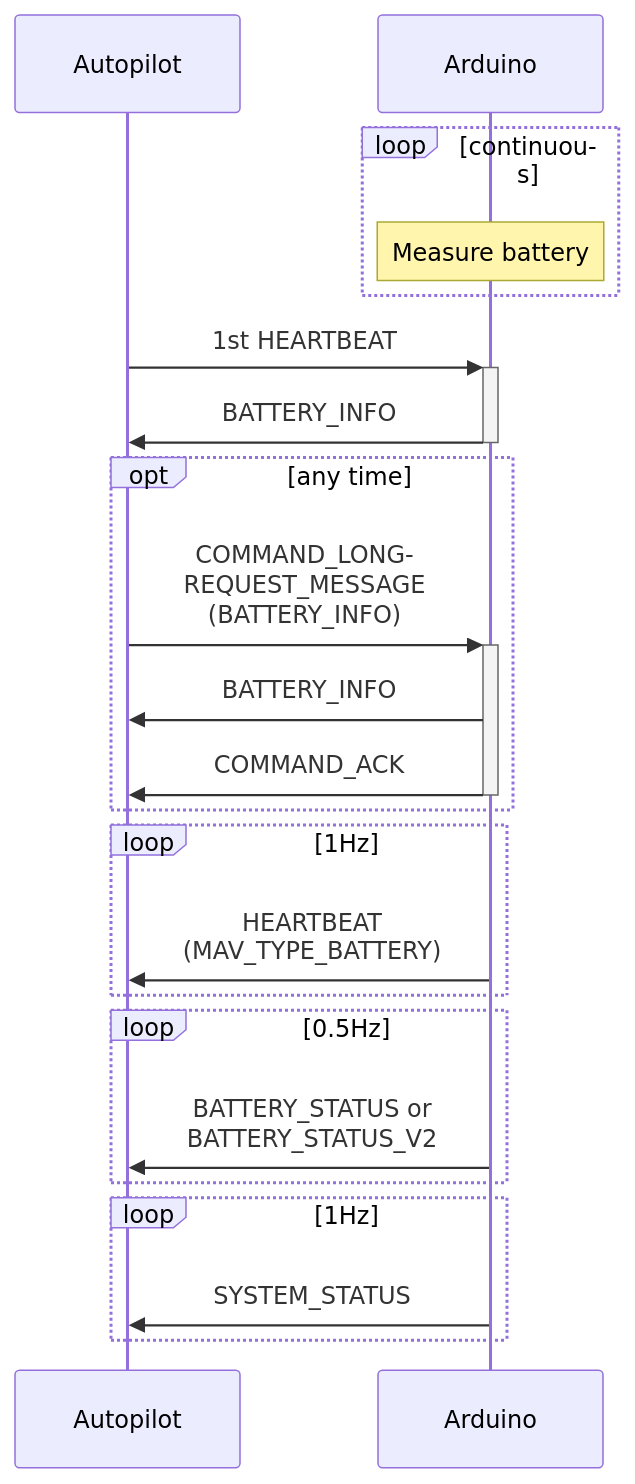
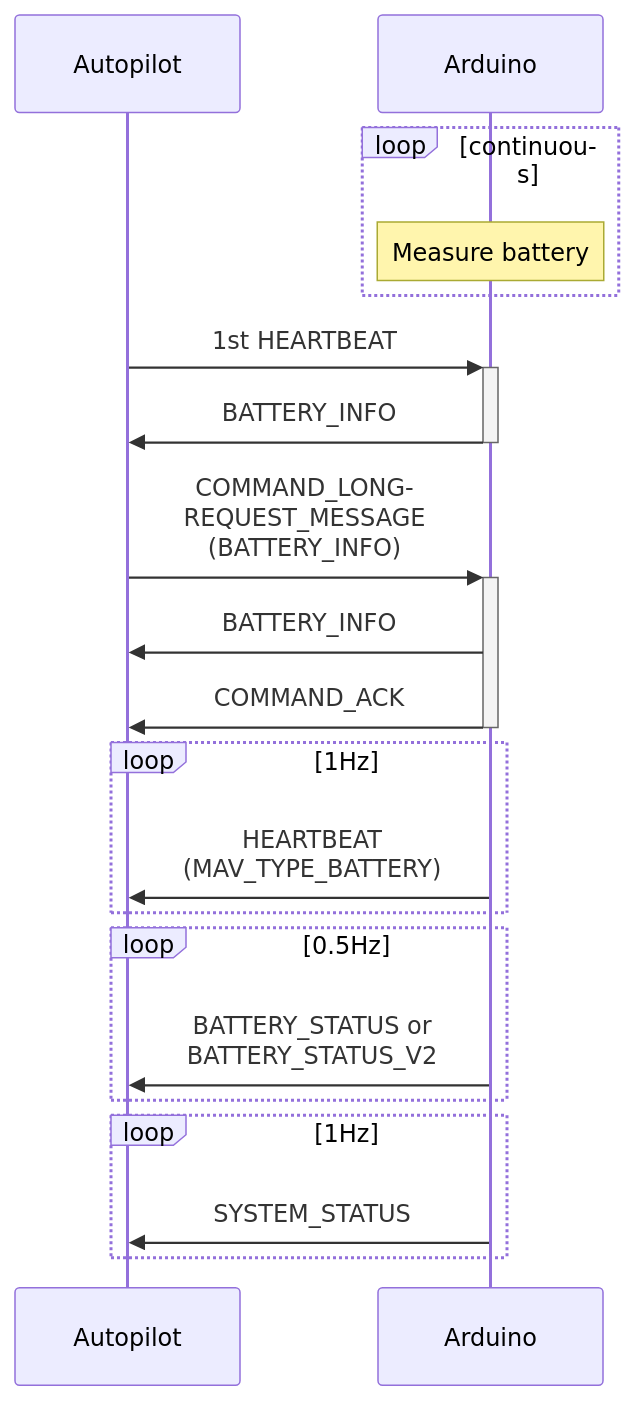
The diagram in examples/BatteryProtocolDev/README.md (LEGIONBOSS/mavlink-arduino), drawn with Mermaid before and after one commit.

````diff
--- a/examples/BatteryProtocolDev/README.md
+++ b/examples/BatteryProtocolDev/README.md
@@ -7,25 +7,23 @@
 ```mermaid
 sequenceDiagram
     participant AP as Autopilot
     participant AR as Arduino
 
     loop continuous
         note over AR: Measure battery
     end
     AP ->>+ AR: 1st HEARTBEAT
     AR ->>- AP: BATTERY_INFO
-    opt any time
-        AP ->>+ AR: COMMAND_LONG-<br>REQUEST_MESSAGE<br>(BATTERY_INFO)
-        AR ->> AP: BATTERY_INFO
-        AR ->>- AP: COMMAND_ACK
-    end
+    AP ->>+ AR: COMMAND_LONG-<br>REQUEST_MESSAGE<br>(BATTERY_INFO)
+    AR ->> AP: BATTERY_INFO
+    AR ->>- AP: COMMAND_ACK
     loop 1Hz
         AR ->> AP: HEARTBEAT<br>(MAV_TYPE_BATTERY)
     end
     loop 0.5Hz
         AR ->> AP: BATTERY_STATUS or<br>BATTERY_STATUS_V2
     end
     loop 1Hz
         AR ->> AP: SYSTEM_STATUS
     end
 ```
````
